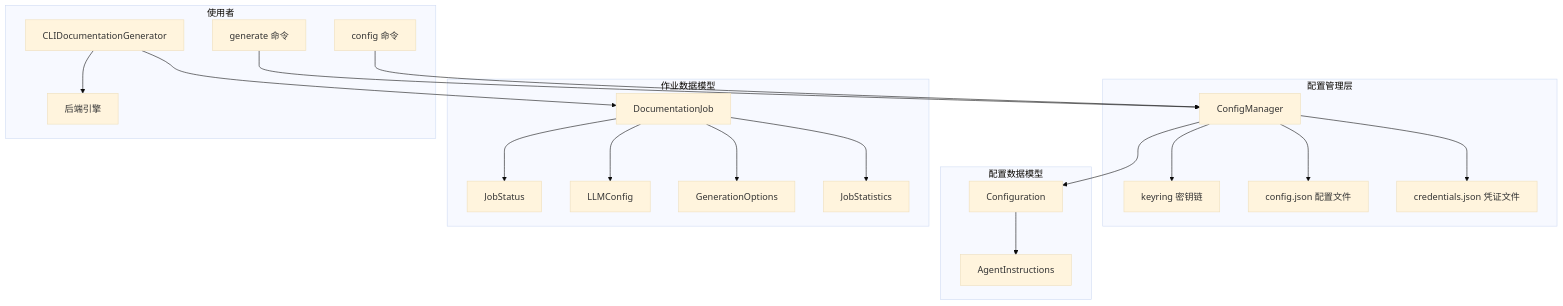
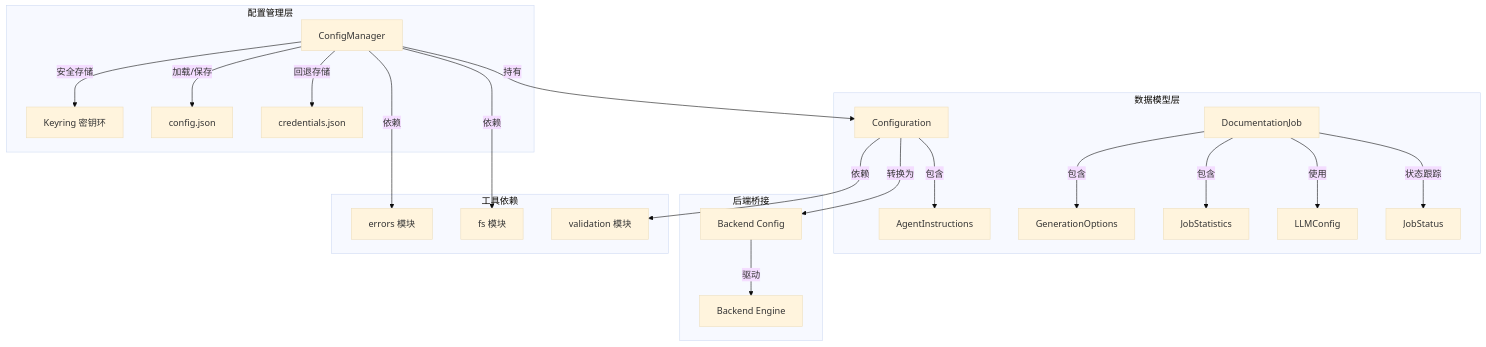
The first of 5 diagrams in repowiki/CLI 配置与模型.md (mambo-wang/CodeWiki-CN), drawn with Mermaid (base theme) before and after one commit. The commit also changed other lines of this file and 19 other files, not shown here.

````diff
--- a/repowiki/CLI 配置与模型.md
+++ b/repowiki/CLI 配置与模型.md
@@ -18,39 +21,45 @@
 ```mermaid
 graph TD
-    subgraph ConfigManagement[配置管理层]
-        A[ConfigManager]
-        B[keyring 密钥链]
-        C[config.json 配置文件]
-        D[credentials.json 凭证文件]
+    subgraph ConfigLayer[配置管理层]
+        CM[ConfigManager]
+        KR[Keyring 密钥环]
+        CF[config.json]
+        CRF[credentials.json]
     end
-    subgraph ConfigModels[配置数据模型]
-        E[Configuration]
-        F[AgentInstructions]
+
+    subgraph DataModels[数据模型层]
+        CFG[Configuration]
+        AI[AgentInstructions]
+        DJ[DocumentationJob]
+        GS[GenerationOptions]
+        JS[JobStatistics]
+        LC[LLMConfig]
+        JST[JobStatus]
     end
-    subgraph JobModels[作业数据模型]
-        G[DocumentationJob]
-        H[JobStatus]
-        I[LLMConfig]
-        J[GenerationOptions]
-        K[JobStatistics]
+
+    subgraph BackendBridge[后端桥接]
+        BC[Backend Config]
+        BE[Backend Engine]
     end
-    subgraph Consumers[使用者]
-        L[generate 命令]
-        M[config 命令]
-        N[CLIDocumentationGenerator]
-        O[后端引擎]
+
+    subgraph Utilities[工具依赖]
+        ERR[errors 模块]
+        FS[fs 模块]
+        VAL[validation 模块]
     end
-    A --> B
-    A --> C
-    A --> D
-    A --> E
-    E --> F
-    L --> A
-    M --> A
-    N --> G
-    G --> H
-    G --> I
-    G --> J
-    G --> K
-    N --> O
+
+    CM -->|加载/保存| CF
+    CM -->|安全存储| KR
+    CM -->|回退存储| CRF
+    CM -->|持有| CFG
+    CFG -->|包含| AI
+    CFG -->|转换为| BC
+    BC -->|驱动| BE
+    DJ -->|使用| LC
+    DJ -->|包含| GS
+    DJ -->|包含| JS
+    DJ -->|状态跟踪| JST
+    CM -->|依赖| ERR
+    CM -->|依赖| FS
+    CFG -->|依赖| VAL
 ```
````
